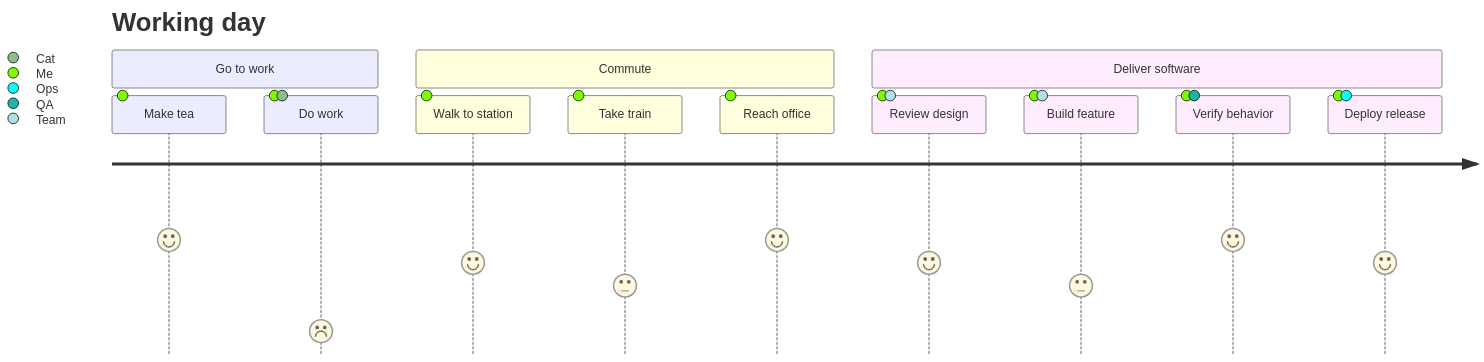
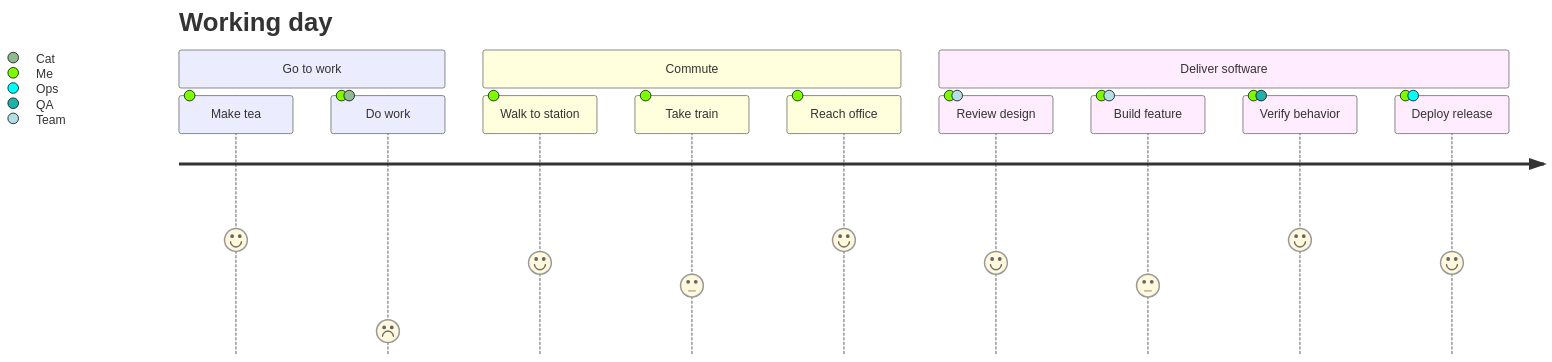
One commit to szpak-dev/mermaiden changed the diagram in docs/contracts/configuration-rendering/sources/journey.mmd. Above: the diagram before and after it, drawn with Mermaid. The commit also changed 151 other files, not shown here.

```diff
--- a/docs/contracts/configuration-rendering/sources/journey.mmd
+++ b/docs/contracts/configuration-rendering/sources/journey.mmd
@@ -1,19 +1,19 @@
 ---
 config:
   wrap: true
   journey: {"useWidth": 960.0, "useMaxWidth": true, "theme": "default", "look": "classic", "layout": "dagre", "diagramMarginX": 50, "diagramMarginY": 10, "leftMargin": 150, "maxLabelWidth": 360, "width": 150, "height": 50, "boxMargin": 10, "boxTextMargin": 5, "noteMargin": 10, "messageMargin": 35, "messageAlign": "center", "bottomMarginAdj": 1, "rightAngles": false, "taskFontSize": 14.0, "taskFontFamily": "\"Open Sans\", sans-serif", "taskMargin": 50.0, "activationWidth": 10.0, "textPlacement": "fo", "actorColours": ["#8FBC8F", "#7CFC00", "#00FFFF", "#20B2AA", "#B0E0E6", "#FFFFE0"], "sectionFills": ["#191970", "#8B008B", "#4B0082", "#2F4F4F", "#800000", "#8B4513", "#00008B"], "sectionColours": ["#fff"], "titleColor": "", "titleFontFamily": "\"trebuchet ms\", verdana, arial, sans-serif", "titleFontSize": "4ex"}
 ---
 journey
-title Working day
-section Go to work
-Make tea: 5: Me
-Do work: 1: Me, Cat
-section Commute
-Walk to station: 4: Me
-Take train: 3: Me
-Reach office: 5: Me
-section Deliver software
-Review design: 4: Me, Team
-Build feature: 3: Me, Team
-Verify behavior: 5: Me, QA
-Deploy release: 4: Me, Ops
+title #87;orking day
+section #71;o to work
+#77;ake tea: 5: #77;e
+#68;o work: 1: #77;e, #67;at
+section #67;ommute
+#87;alk to station: 4: #77;e
+#84;ake train: 3: #77;e
+#82;each office: 5: #77;e
+section #68;eliver software
+#82;eview design: 4: #77;e, #84;eam
+#66;uild feature: 3: #77;e, #84;eam
+#86;erify behavior: 5: #77;e, #81;A
+#68;eploy release: 4: #77;e, #79;ps
```
